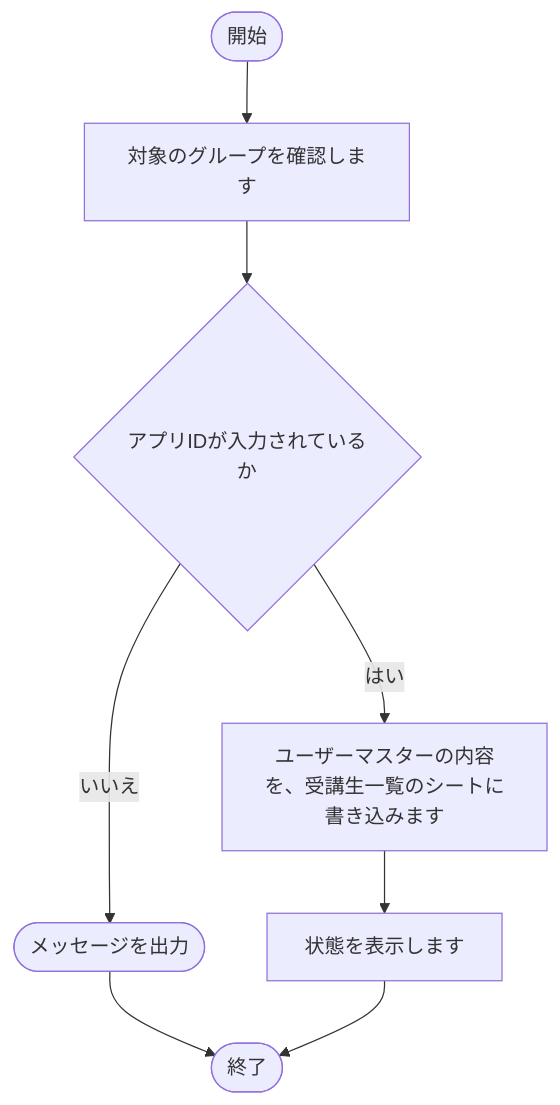
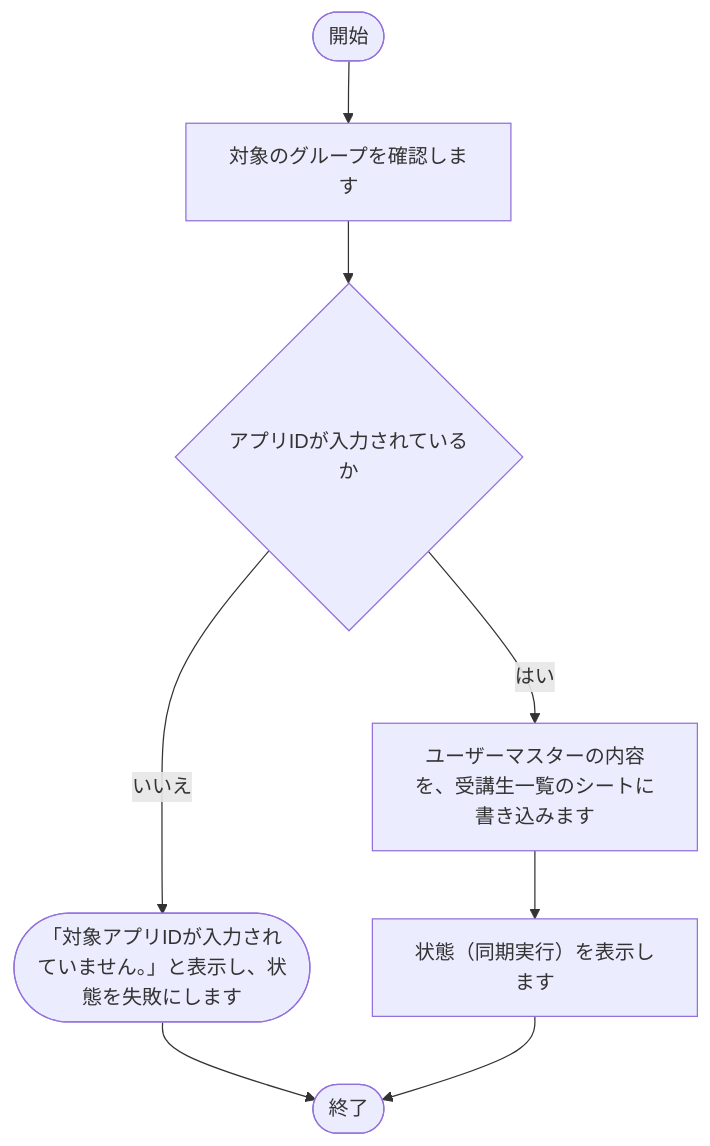
Diagram 22 of 28 in tool/track-aggregator/doc/02_設計/処理フロー.md (nishida2073/project_management), drawn with Mermaid before and after one commit. The commit also changed other lines of this file and 35 other files, not shown here.

````diff
--- a/tool/track-aggregator/doc/02_設計/処理フロー.md
+++ b/tool/track-aggregator/doc/02_設計/処理フロー.md
@@ -579,17 +579,17 @@
 ```mermaid
 flowchart TD
     S(["開始"])
     E(["終了"])
     N1["対象のグループを確認します"]
     S --> N1
     N2{"アプリIDが入力されているか"}
-    X2(["メッセージを出力"])
+    X2(["「対象アプリIDが入力されていません。」と表示し、状態を失敗にします"])
     X2 --> E
     N2 -- いいえ --> X2
     N1 --> N2
     N3["ユーザーマスターの内容を、受講生一覧のシートに書き込みます"]
     N2 -- はい --> N3
-    N4["状態を表示します"]
+    N4["状態（同期実行）を表示します"]
     N3 --> N4
     N4 --> E
 ```
````
